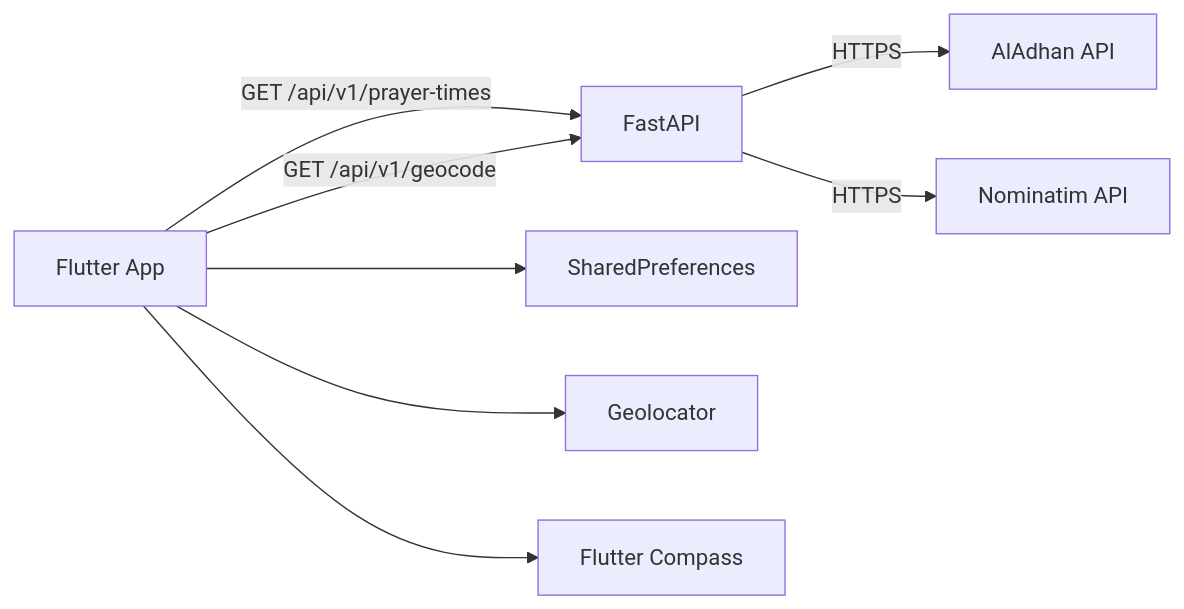
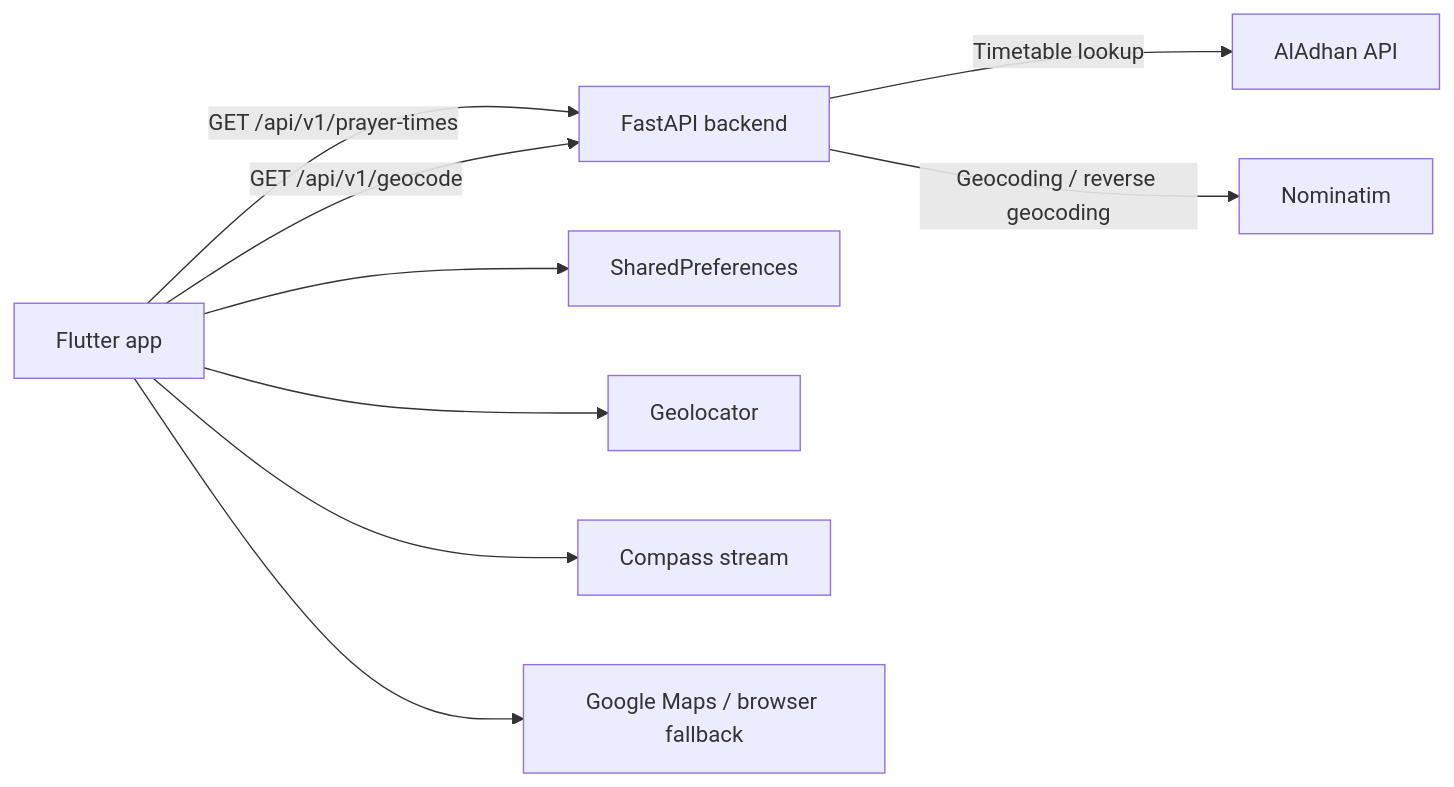
One commit to luajosman/prayer-times-app changed the diagram in README.md. Above: the diagram before and after it, drawn with Mermaid. The commit also changed other lines of this file and 17 other files, not shown here.

````diff
--- a/README.md
+++ b/README.md
@@ -84,10 +207,11 @@
 ```mermaid
 flowchart LR
-  A["Flutter App"] -->|"GET /api/v1/prayer-times"| B["FastAPI"]
+  A["Flutter app"] -->|"GET /api/v1/prayer-times"| B["FastAPI backend"]
   A -->|"GET /api/v1/geocode"| B
-  B -->|"HTTPS"| C["AlAdhan API"]
-  B -->|"HTTPS"| D["Nominatim API"]
+  B -->|"Timetable lookup"| C["AlAdhan API"]
+  B -->|"Geocoding / reverse geocoding"| D["Nominatim"]
   A --> E["SharedPreferences"]
   A --> F["Geolocator"]
-  A --> G["Flutter Compass"]
+  A --> G["Compass stream"]
+  A --> H["Google Maps / browser fallback"]
 ```
````
